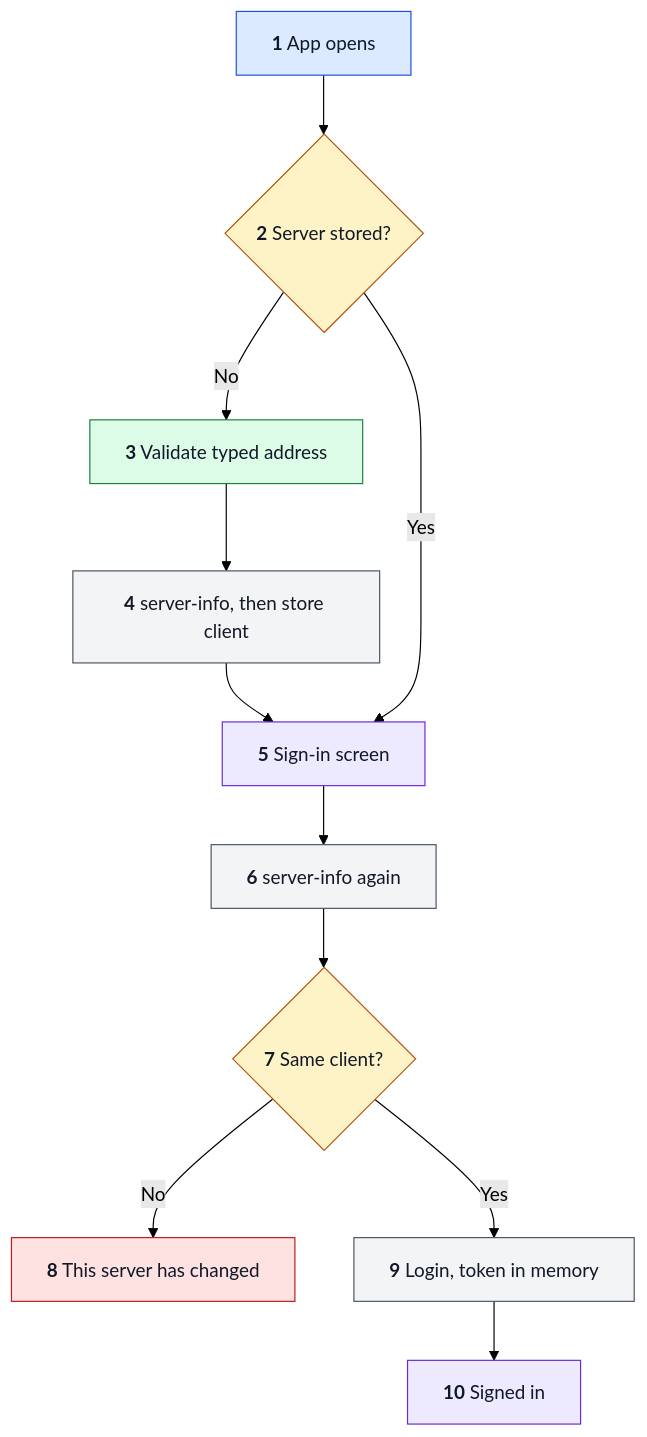
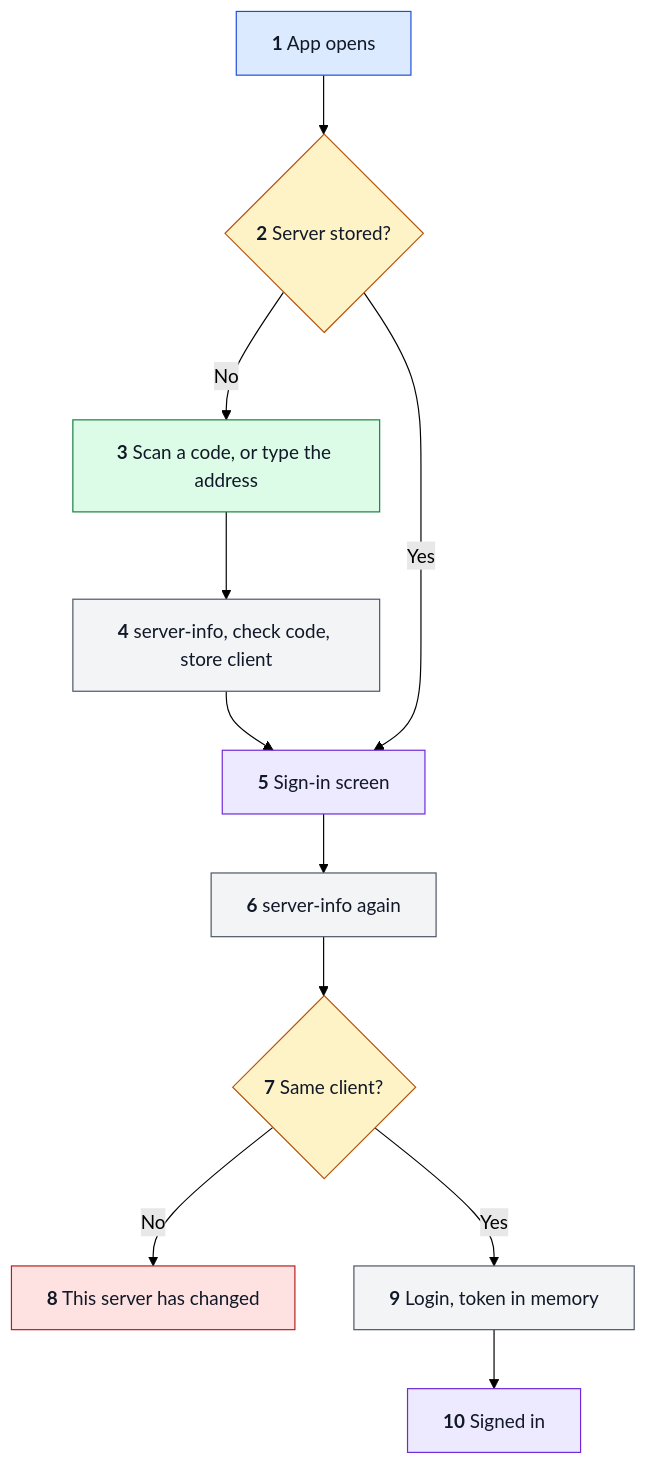
The first of 5 diagrams in docs/FLOW.md (hamza-aziz-ai/Face-Dataset-Collector), drawn with Mermaid (forest theme) before and after one commit. The commit also changed other lines of this file and 22 other files, not shown here.

````diff
--- a/docs/FLOW.md
+++ b/docs/FLOW.md
@@ -22,19 +22,19 @@
 ```mermaid
 flowchart TD
     classDef way fill:#dbeafe,stroke:#1d4ed8,color:#111827
     classDef step fill:#dcfce7,stroke:#15803d,color:#111827
     classDef choice fill:#fef3c7,stroke:#b45309,color:#111827
     classDef seen fill:#ede9fe,stroke:#6d28d9,color:#111827
     classDef bad fill:#fee2e2,stroke:#b91c1c,color:#111827
     classDef outside fill:#f3f4f6,stroke:#4b5563,color:#111827
     A["`**1** App opens`"]:::way --> B{"`**2** Server stored?`"}:::choice
-    B -->|No| C["`**3** Validate typed address`"]:::step
-    C --> D["`**4** server-info, then store client`"]:::outside
+    B -->|No| C["`**3** Scan a code, or type the address`"]:::step
+    C --> D["`**4** server-info, check code, store client`"]:::outside
     D --> E["`**5** Sign-in screen`"]:::seen
     B -->|Yes| E
     E --> F["`**6** server-info again`"]:::outside
     F --> G{"`**7** Same client?`"}:::choice
     G -->|No| H["`**8** This server has changed`"]:::bad
     G -->|Yes| I["`**9** Login, token in memory`"]:::outside
     I --> J["`**10** Signed in`"]:::seen
 ```
````
